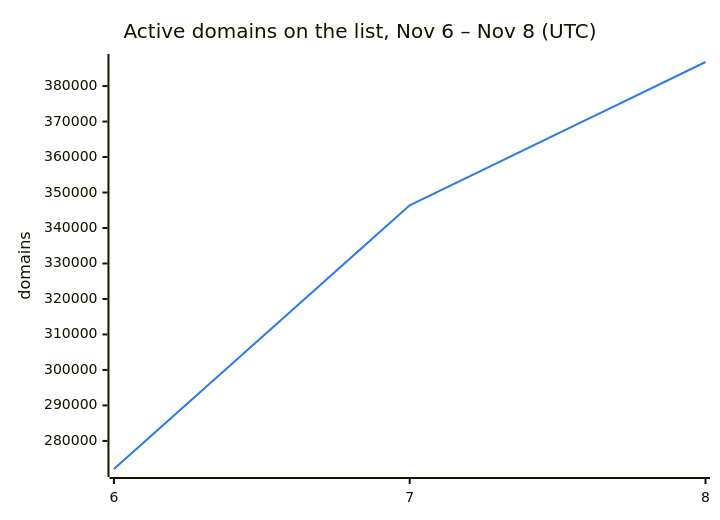
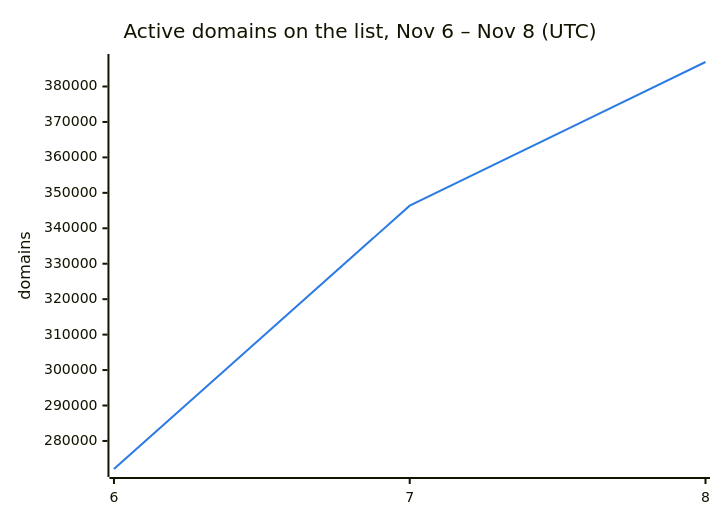
Before and after one commit to DNSBunker/CTI: the second of 3 diagrams in README.md, drawn with Mermaid. The commit also changed other lines of this file and 3 other files, not shown here.

````diff
--- a/README.md
+++ b/README.md
@@ -38,8 +38,8 @@
 ```mermaid
 %%{init: {"themeVariables": {"xyChart": {"plotColorPalette": "#2c7be5"}}}}%%
 xychart-beta
     title "Active domains on the list, Nov 6 – Nov 8 (UTC)"
     x-axis ["6", "7", "8"]
     y-axis "domains"
-    line [272088, 346388, 386776]
+    line [272088, 346388, 386912]
 ```
````
